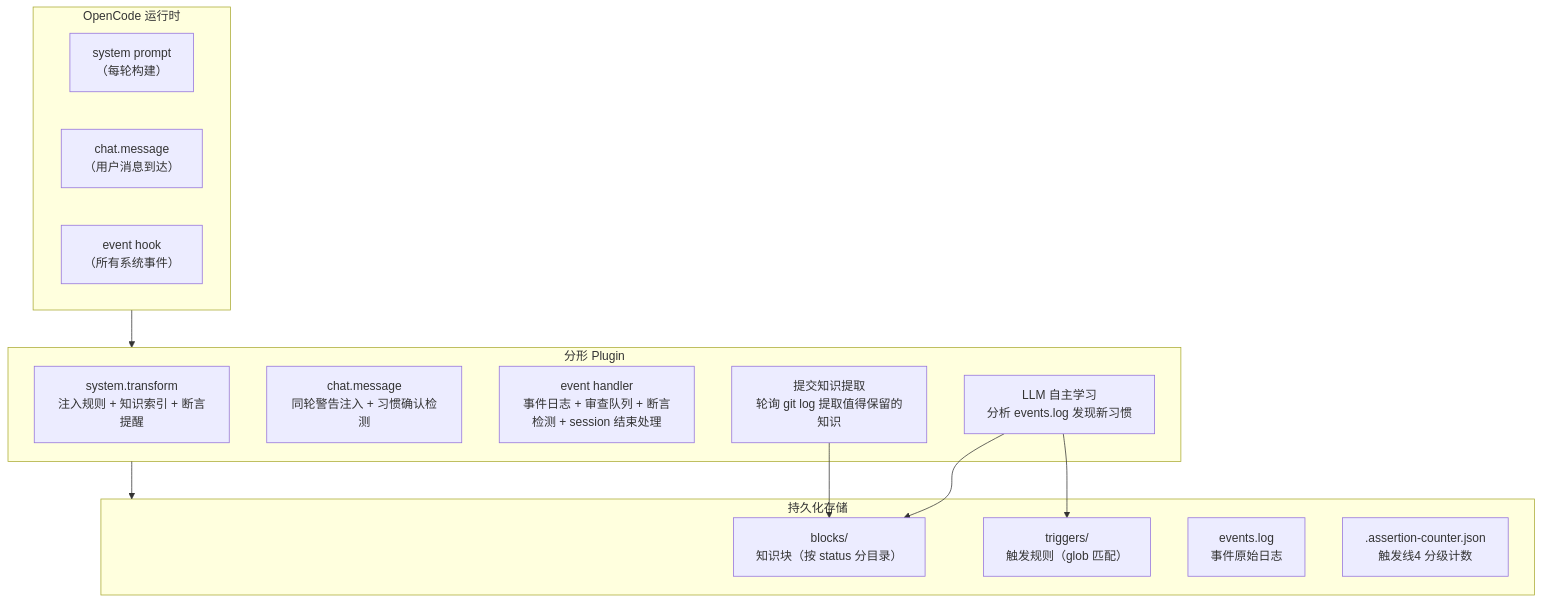
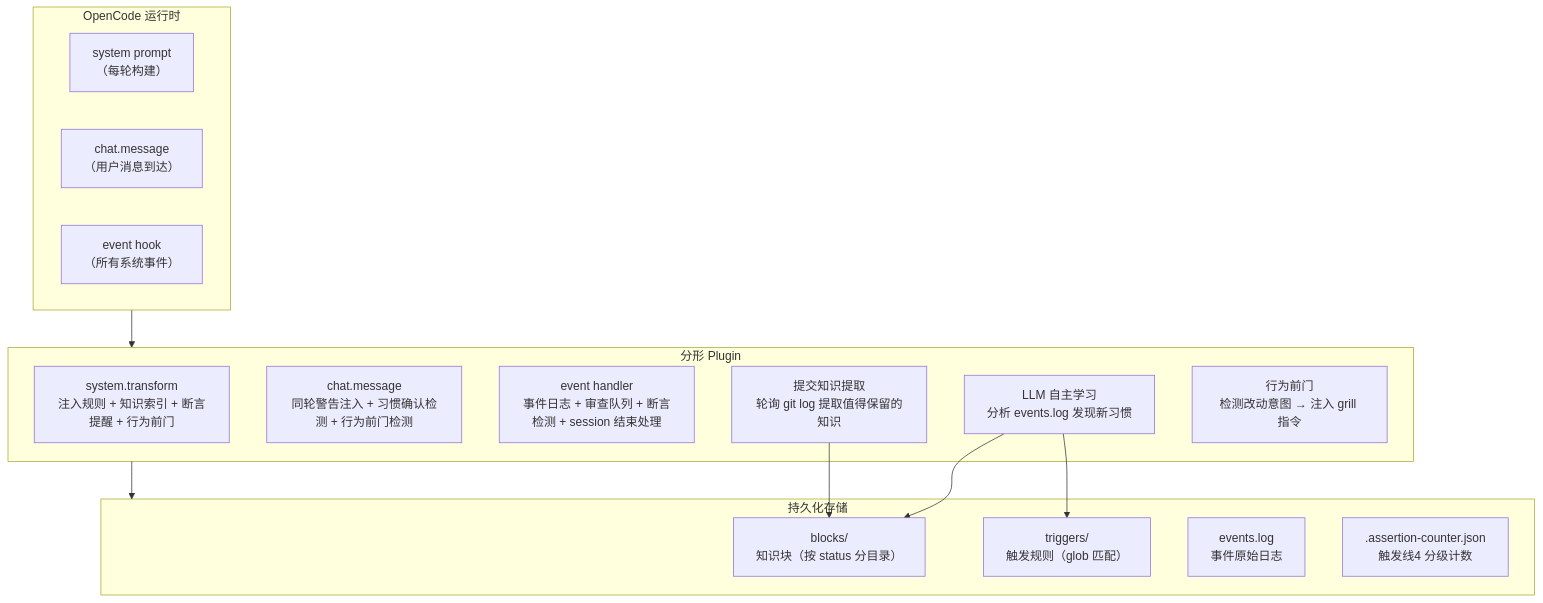
Before and after one commit to Max-Null/oc-plus: the first of 13 diagrams in 分形/机制说明.md, drawn with Mermaid. The commit also changed other lines of this file and 2 other files, not shown here.

First line of the commit message:
feat(分形): V3.7 行为前门 — grill-me 理念自动融入，检测改动意图强制对齐

````diff
--- a/分形/机制说明.md
+++ b/分形/机制说明.md
@@ -16,29 +16,30 @@
 ```mermaid
 flowchart TB
     subgraph OC["OpenCode 运行时"]
         SP["system prompt<br/>（每轮构建）"]
         CM["chat.message<br/>（用户消息到达）"]
         EV["event hook<br/>（所有系统事件）"]
     end
 
     subgraph Fractal["分形 Plugin"]
-        ST["system.transform<br/>注入规则 + 知识索引 + 断言提醒"]
-        WARN["chat.message<br/>同轮警告注入 + 习惯确认检测"]
+        ST["system.transform<br/>注入规则 + 知识索引 + 断言提醒 + 行为前门"]
+        WARN["chat.message<br/>同轮警告注入 + 习惯确认检测 + 行为前门检测"]
         EVT["event handler<br/>事件日志 + 审查队列 + 断言检测 + session 结束处理"]
         ANALYZE["LLM 自主学习<br/>分析 events.log 发现新习惯"]
         COMMIT["提交知识提取<br/>轮询 git log 提取值得保留的知识"]
+        GATE["行为前门<br/>检测改动意图 → 注入 grill 指令"]
     end
 
     subgraph Storage["持久化存储"]
         BLOCKS["blocks/<br/>知识块（按 status 分目录）"]
         TRIGGERS["triggers/<br/>触发规则（glob 匹配）"]
         EVENTS["events.log<br/>事件原始日志"]
         COUNTER[".assertion-counter.json<br/>触发线4 分级计数"]
     end
 
     OC --> Fractal
     Fractal --> Storage
     ANALYZE --> BLOCKS
     ANALYZE --> TRIGGERS
     COMMIT --> BLOCKS
 ```
````
